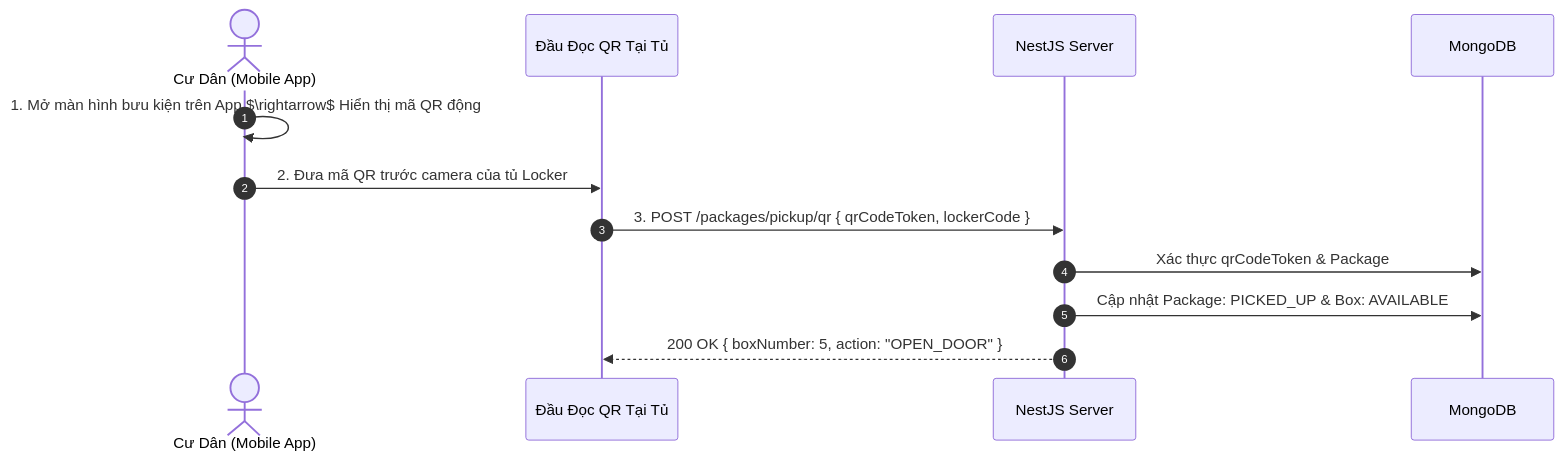
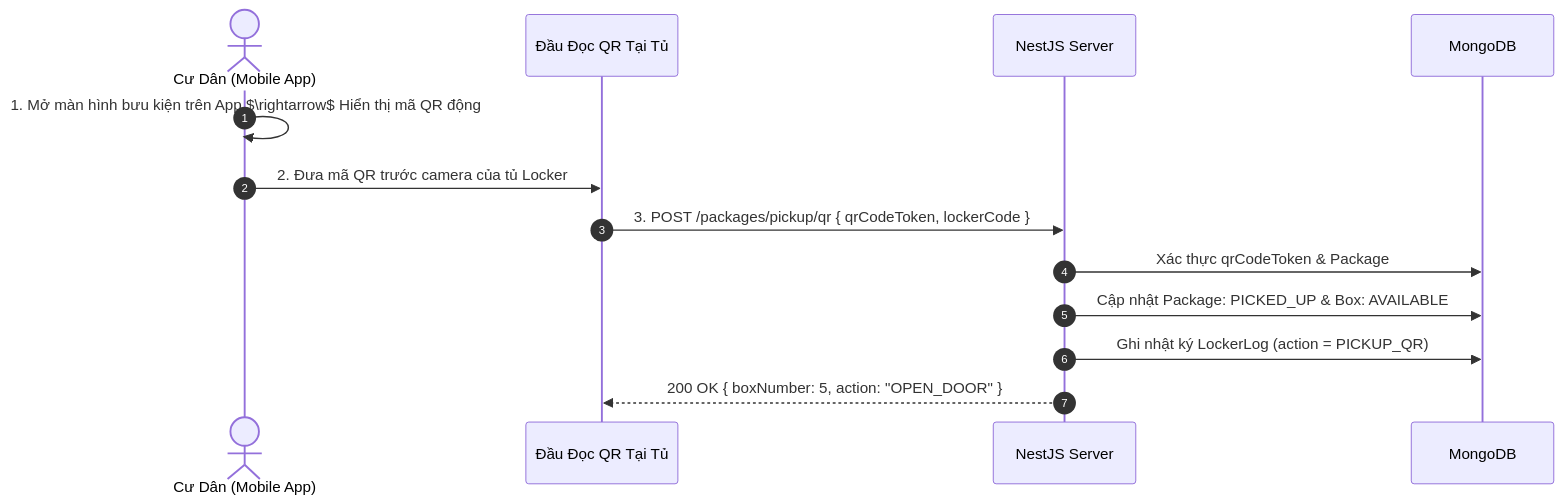
Before and after one commit to xuanphat0505/smart-locker-server: the fourth of 6 diagrams in src/docs/delivery_retrieval_system.md, drawn with Mermaid. The commit also changed other lines of this file and 15 other files, not shown here.

````diff
--- a/src/docs/delivery_retrieval_system.md
+++ b/src/docs/delivery_retrieval_system.md
@@ -261,15 +281,16 @@
 ```mermaid
 sequenceDiagram
     autonumber
     actor Resident as Cư Dân (Mobile App)
     participant LockerCamera as Đầu Đọc QR Tại Tủ
     participant Backend as NestJS Server
     participant DB as MongoDB
 
     Resident->>Resident: 1. Mở màn hình bưu kiện trên App $\rightarrow$ Hiển thị mã QR động
     Resident->>LockerCamera: 2. Đưa mã QR trước camera của tủ Locker
     LockerCamera->>Backend: 3. POST /packages/pickup/qr { qrCodeToken, lockerCode }
     Backend->>DB: Xác thực qrCodeToken & Package
     Backend->>DB: Cập nhật Package: PICKED_UP & Box: AVAILABLE
+    Backend->>DB: Ghi nhật ký LockerLog (action = PICKUP_QR)
     Backend-->>LockerCamera: 200 OK { boxNumber: 5, action: "OPEN_DOOR" }
 ```
````
